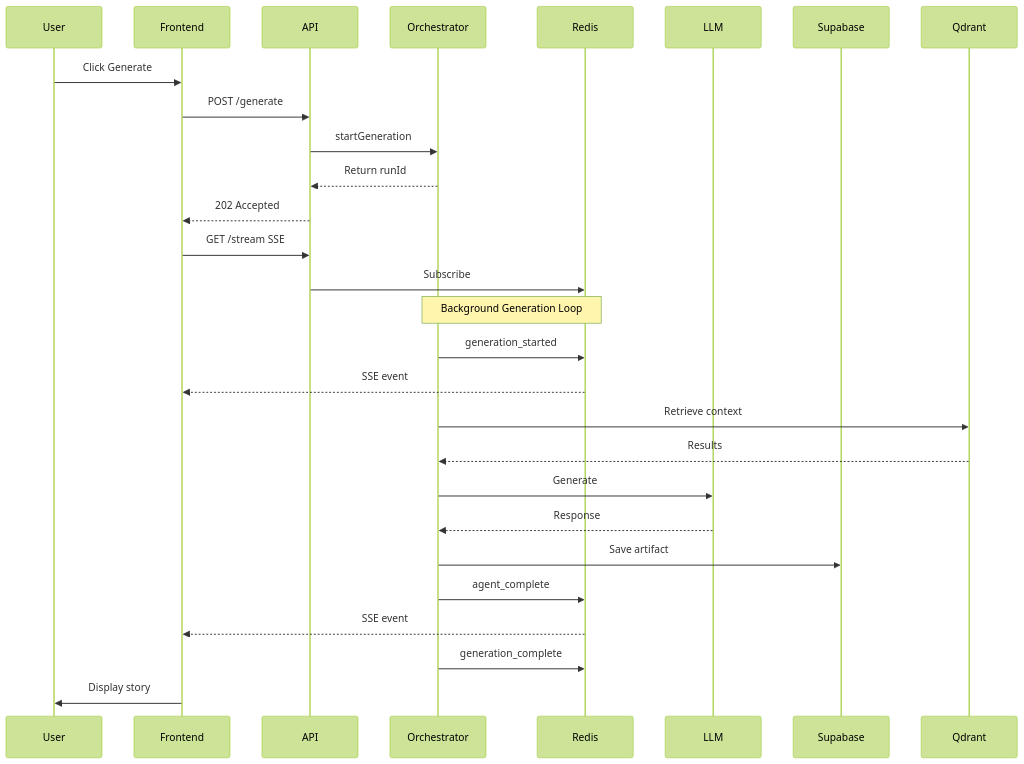
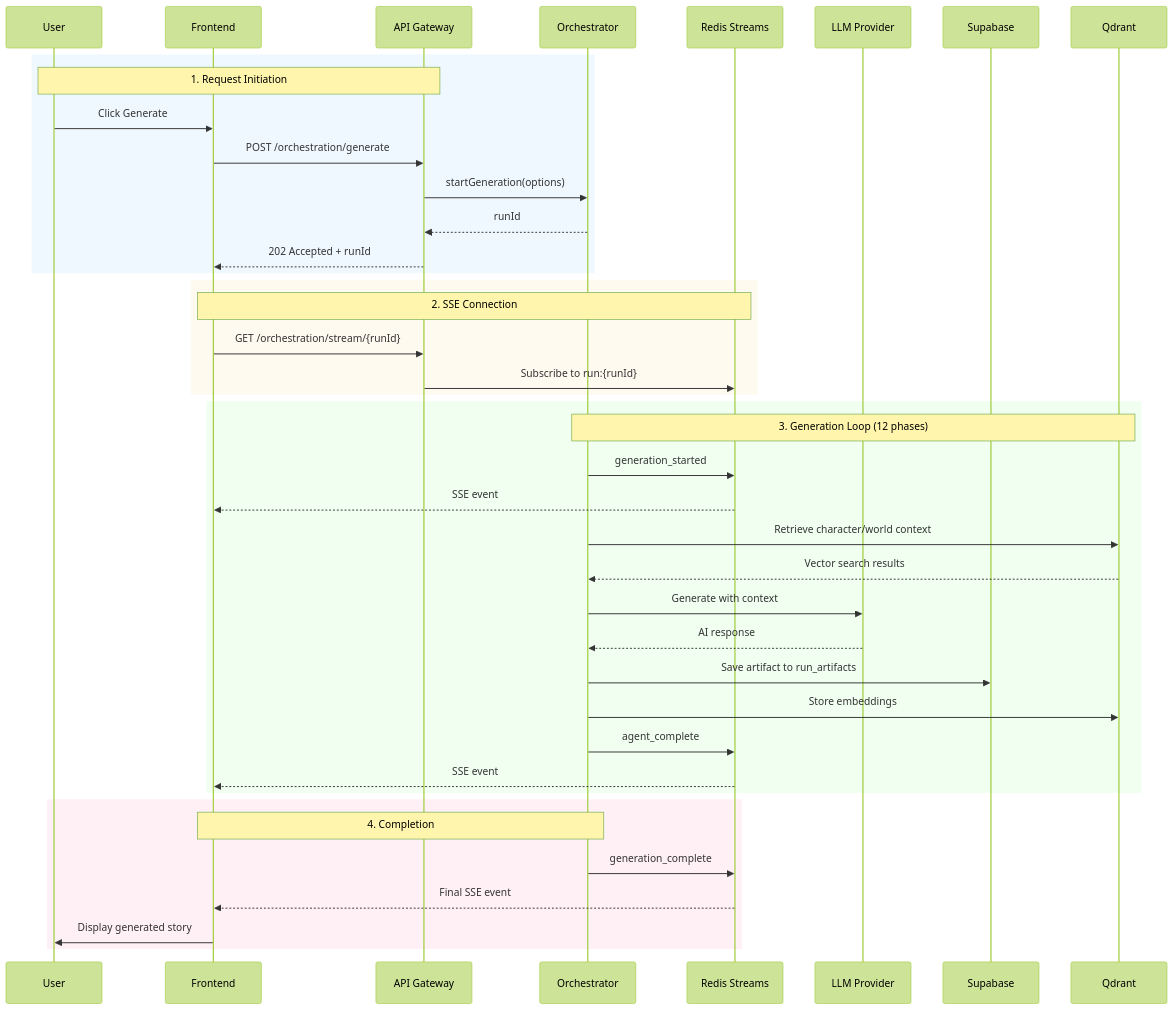
One commit to IShalkin/manoe changed the second of 9 diagrams in README.md. Above: the diagram before and after it, drawn with Mermaid (forest theme). The commit also changed other lines of this file, not shown here.

First line of the commit message:
feat: Enhance Mermaid diagrams with better styling and more detail

````diff
--- a/README.md
+++ b/README.md
@@ -84,32 +84,47 @@
 ```mermaid
 sequenceDiagram
-    participant User
+    participant U as User
     participant FE as Frontend
-    participant API
-    participant Orch as Orchestrator
-    participant Redis
-    participant LLM
-    participant DB as Supabase
-    participant Vec as Qdrant
+    participant GW as API Gateway
+    participant O as Orchestrator
+    participant R as Redis Streams
+    participant L as LLM Provider
+    participant S as Supabase
+    participant Q as Qdrant
 
-    User->>FE: Click Generate
-    FE->>API: POST /generate
-    API->>Orch: startGeneration
-    Orch-->>API: Return runId
-    API-->>FE: 202 Accepted
-    FE->>API: GET /stream SSE
-    API->>Redis: Subscribe
-    
-    Note over Orch,Redis: Background Generation Loop
-    Orch->>Redis: generation_started
-    Redis-->>FE: SSE event
-    Orch->>Vec: Retrieve context
-    Vec-->>Orch: Results
-    Orch->>LLM: Generate
-    LLM-->>Orch: Response
-    Orch->>DB: Save artifact
-    Orch->>Redis: agent_complete
-    Redis-->>FE: SSE event
-    Orch->>Redis: generation_complete
-    FE->>User: Display story
+    rect rgb(240, 248, 255)
+        Note over U,GW: 1. Request Initiation
+        U->>FE: Click Generate
+        FE->>GW: POST /orchestration/generate
+        GW->>O: startGeneration(options)
+        O-->>GW: runId
+        GW-->>FE: 202 Accepted + runId
+    end
+
+    rect rgb(255, 250, 240)
+        Note over FE,R: 2. SSE Connection
+        FE->>GW: GET /orchestration/stream/{runId}
+        GW->>R: Subscribe to run:{runId}
+    end
+
+    rect rgb(240, 255, 240)
+        Note over O,Q: 3. Generation Loop (12 phases)
+        O->>R: generation_started
+        R-->>FE: SSE event
+        O->>Q: Retrieve character/world context
+        Q-->>O: Vector search results
+        O->>L: Generate with context
+        L-->>O: AI response
+        O->>S: Save artifact to run_artifacts
+        O->>Q: Store embeddings
+        O->>R: agent_complete
+        R-->>FE: SSE event
+    end
+
+    rect rgb(255, 240, 245)
+        Note over O,FE: 4. Completion
+        O->>R: generation_complete
+        R-->>FE: Final SSE event
+        FE->>U: Display generated story
+    end
 ```
````
